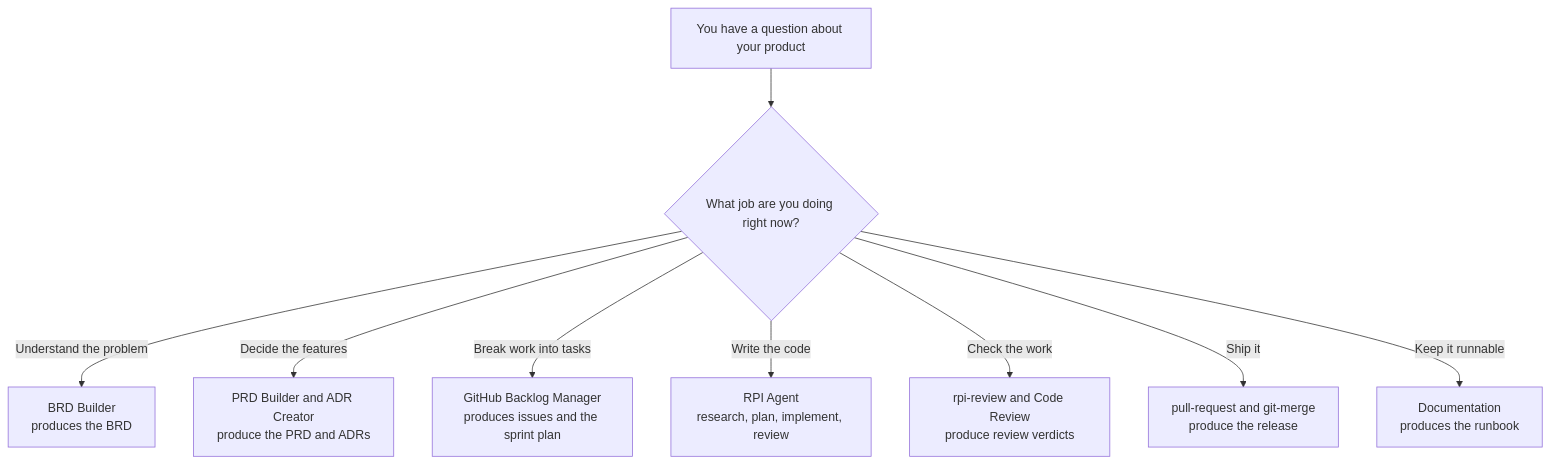
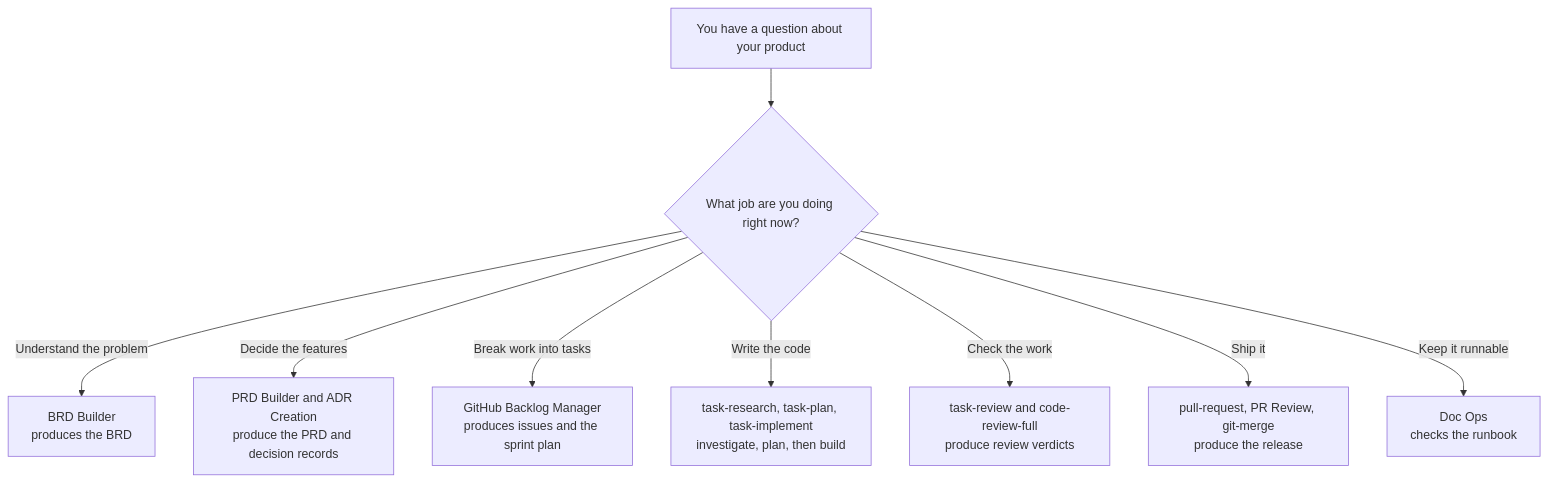
The diagram in README.md (AbhranilGit/HVE-Core-Course), drawn with Mermaid before and after one commit. The commit also changed other lines of this file and 22 other files, not shown here.

````diff
--- a/README.md
+++ b/README.md
@@ -192,11 +200,11 @@
 ```mermaid
 flowchart TB
     Q["You have a question about your product"] --> ST{"What job are you doing right now?"}
     ST -->|Understand the problem| F2["BRD Builder<br/>produces the BRD"]
-    ST -->|Decide the features| F3["PRD Builder and ADR Creator<br/>produce the PRD and ADRs"]
+    ST -->|Decide the features| F3["PRD Builder and ADR Creation<br/>produce the PRD and decision records"]
     ST -->|Break work into tasks| F45["GitHub Backlog Manager<br/>produces issues and the sprint plan"]
-    ST -->|Write the code| F6["RPI Agent<br/>research, plan, implement, review"]
-    ST -->|Check the work| F7["rpi-review and Code Review<br/>produce review verdicts"]
-    ST -->|Ship it| F8["pull-request and git-merge<br/>produce the release"]
-    ST -->|Keep it runnable| F9["Documentation<br/>produces the runbook"]
+    ST -->|Write the code| F6["task-research, task-plan, task-implement<br/>investigate, plan, then build"]
+    ST -->|Check the work| F7["task-review and code-review-full<br/>produce review verdicts"]
+    ST -->|Ship it| F8["pull-request, PR Review, git-merge<br/>produce the release"]
+    ST -->|Keep it runnable| F9["Doc Ops<br/>checks the runbook"]
 ```
````
